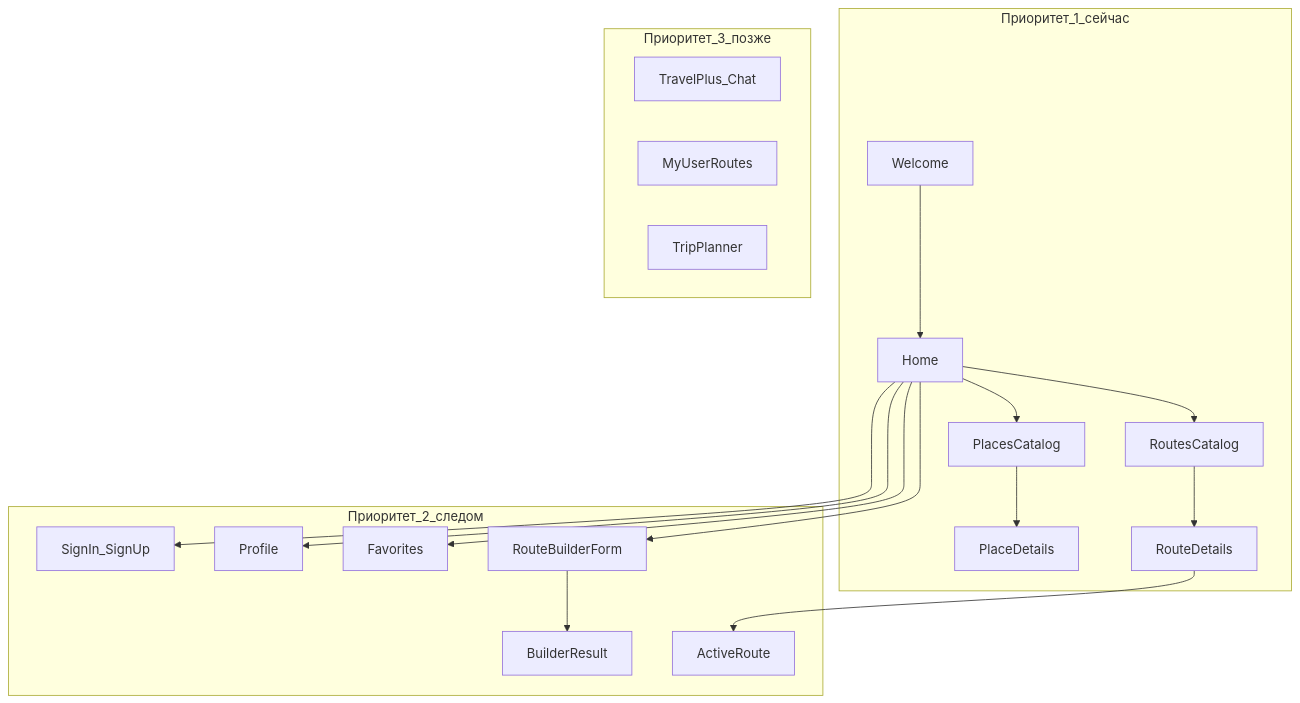
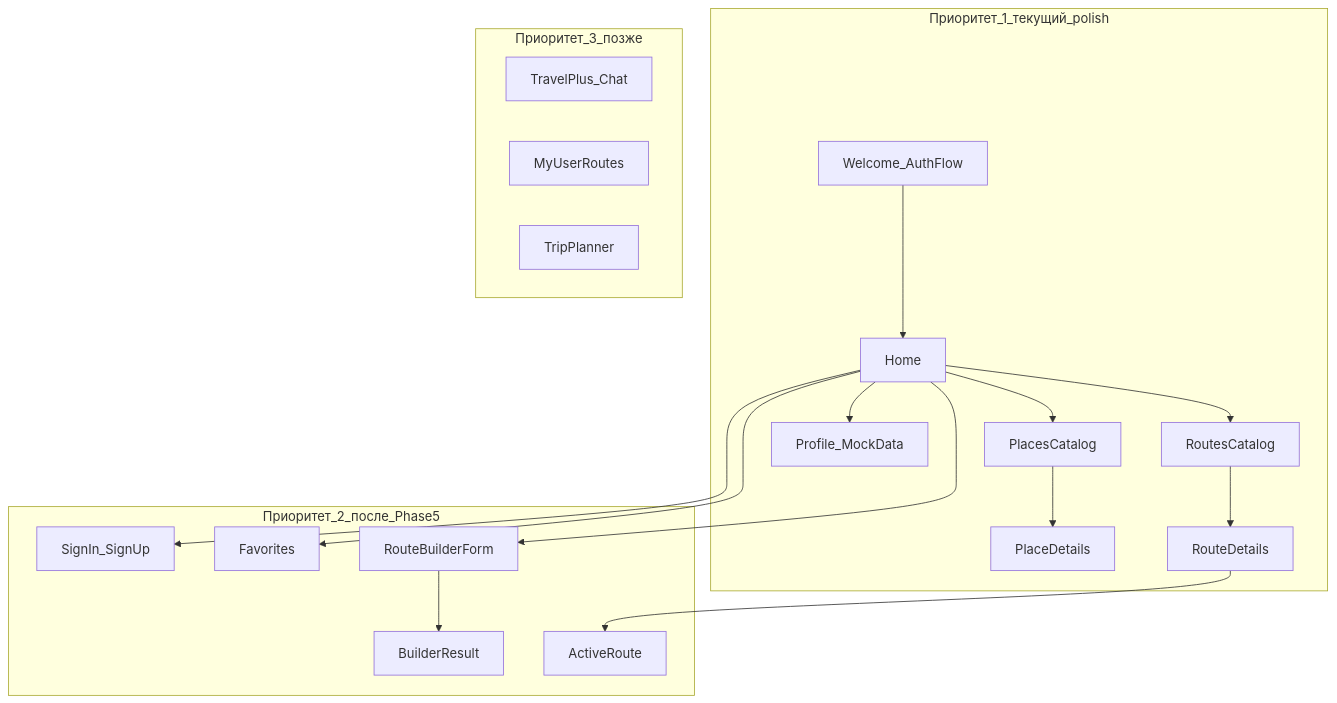
One commit to xotabeach/tourism-platform changed the second of 5 diagrams in docs/diagrams/phase-and-screens-map.md. Above: the diagram before and after it, drawn with Mermaid. The commit also changed other lines of this file and 3 other files, not shown here.

````diff
--- a/docs/diagrams/phase-and-screens-map.md
+++ b/docs/diagrams/phase-and-screens-map.md
@@ -70,35 +69,35 @@
 ```mermaid
 flowchart TD
-  subgraph now [Приоритет_1_сейчас]
-    welcome[Welcome]
+  subgraph now [Приоритет_1_текущий_polish]
+    welcome[Welcome_AuthFlow]
     home[Home]
     placesCat[PlacesCatalog]
     placeDet[PlaceDetails]
     routesCat[RoutesCatalog]
     routeDet[RouteDetails]
+    profile[Profile_MockData]
   end
 
-  subgraph soon [Приоритет_2_следом]
+  subgraph soon [Приоритет_2_после_Phase5]
     signIn[SignIn_SignUp]
-    profile[Profile]
     fav[Favorites]
     builder[RouteBuilderForm]
     builderRes[BuilderResult]
     active[ActiveRoute]
   end
 
   subgraph future [Приоритет_3_позже]
     chat[TravelPlus_Chat]
     myRoutes[MyUserRoutes]
     trip[TripPlanner]
   end
 
   welcome --> home
   home --> placesCat --> placeDet
   home --> routesCat --> routeDet
   home --> builder --> builderRes
   routeDet --> active
   home --> fav
   home --> profile
   home --> signIn
 ```
````
